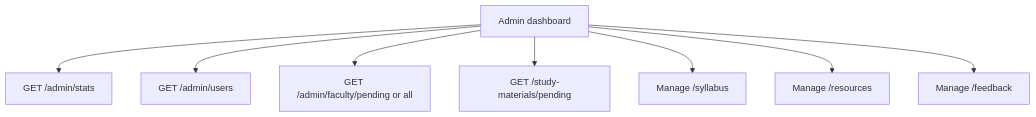
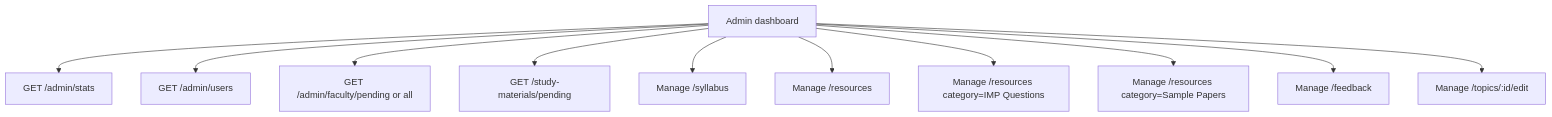
The ninth of 13 diagrams in docs/11-application-flow-diagrams.md (udayahire2/Sass), drawn with Mermaid before and after one commit. The commit also changed other lines of this file and 1 other file, not shown here.

Commit message:
docs: update API endpoints and application flow diagrams based on code analysis

````diff
--- a/docs/11-application-flow-diagrams.md
+++ b/docs/11-application-flow-diagrams.md
@@ -159,10 +159,13 @@
 ```mermaid
 flowchart TD
     Admin[Admin dashboard] --> Stats[GET /admin/stats]
     Admin --> Students[GET /admin/users]
     Admin --> Faculty[GET /admin/faculty/pending or all]
     Admin --> Approvals[GET /study-materials/pending]
     Admin --> Syllabus[Manage /syllabus]
     Admin --> Resources[Manage /resources]
+    Admin --> ImpQuestions[Manage /resources category=IMP Questions]
+    Admin --> SamplePapers[Manage /resources category=Sample Papers]
     Admin --> Feedback[Manage /feedback]
+    Admin --> Topics[Manage /topics/:id/edit]
 ```
````
